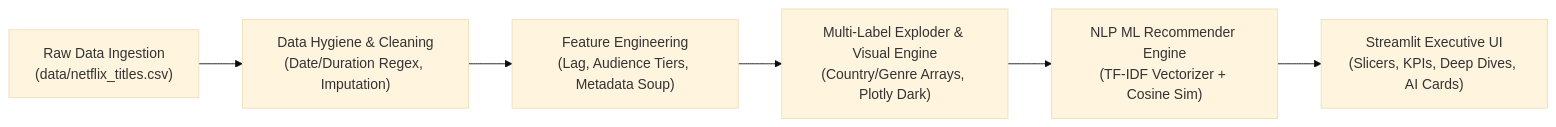
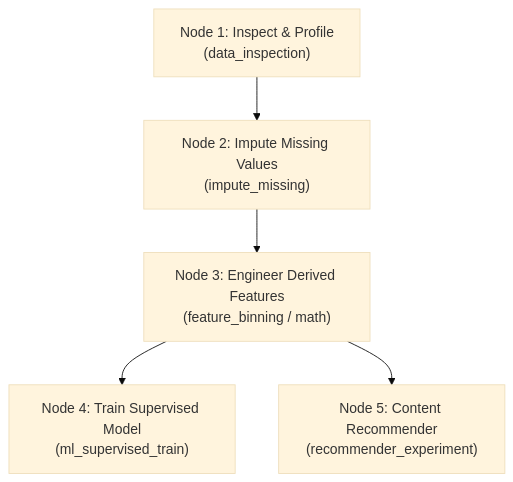
The diagram in README.md (ArunodayGupta/IDSE_Project), drawn with Mermaid (base theme) before and after one commit. The commit also changed other lines of this file and 16 other files, not shown here.

Commit message:
feat: expand platform into interactive data science workspace with workflow engine, model lab, and missions

````diff
--- a/README.md
+++ b/README.md
@@ -61,8 +156,7 @@
 ```mermaid
-flowchart LR
-    A["Raw Data Ingestion<br>(data/netflix_titles.csv)"] --> B["Data Hygiene & Cleaning<br>(Date/Duration Regex, Imputation)"]
-    B --> C["Feature Engineering<br>(Lag, Audience Tiers, Metadata Soup)"]
-    C --> D["Multi-Label Exploder & Visual Engine<br>(Country/Genre Arrays, Plotly Dark)"]
-    D --> E["NLP ML Recommender Engine<br>(TF-IDF Vectorizer + Cosine Sim)"]
-    E --> F["Streamlit Executive UI<br>(Slicers, KPIs, Deep Dives, AI Cards)"]
+flowchart TD
+    A["Node 1: Inspect & Profile<br>(data_inspection)"] --> B["Node 2: Impute Missing Values<br>(impute_missing)"]
+    B --> C["Node 3: Engineer Derived Features<br>(feature_binning / math)"]
+    C --> D["Node 4: Train Supervised Model<br>(ml_supervised_train)"]
+    C --> E["Node 5: Content Recommender<br>(recommender_experiment)"]
 ```
````
